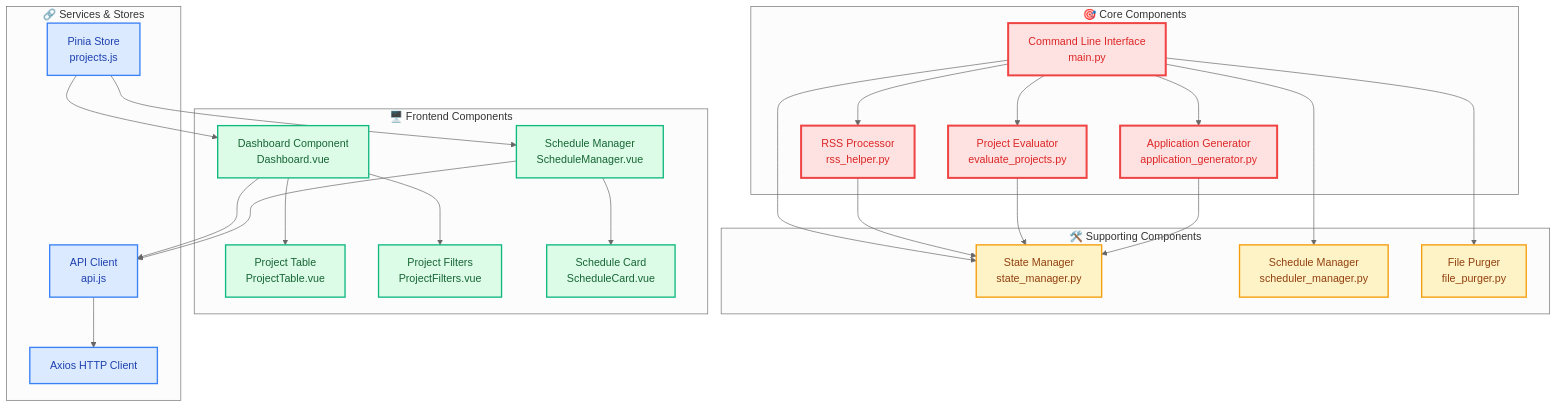
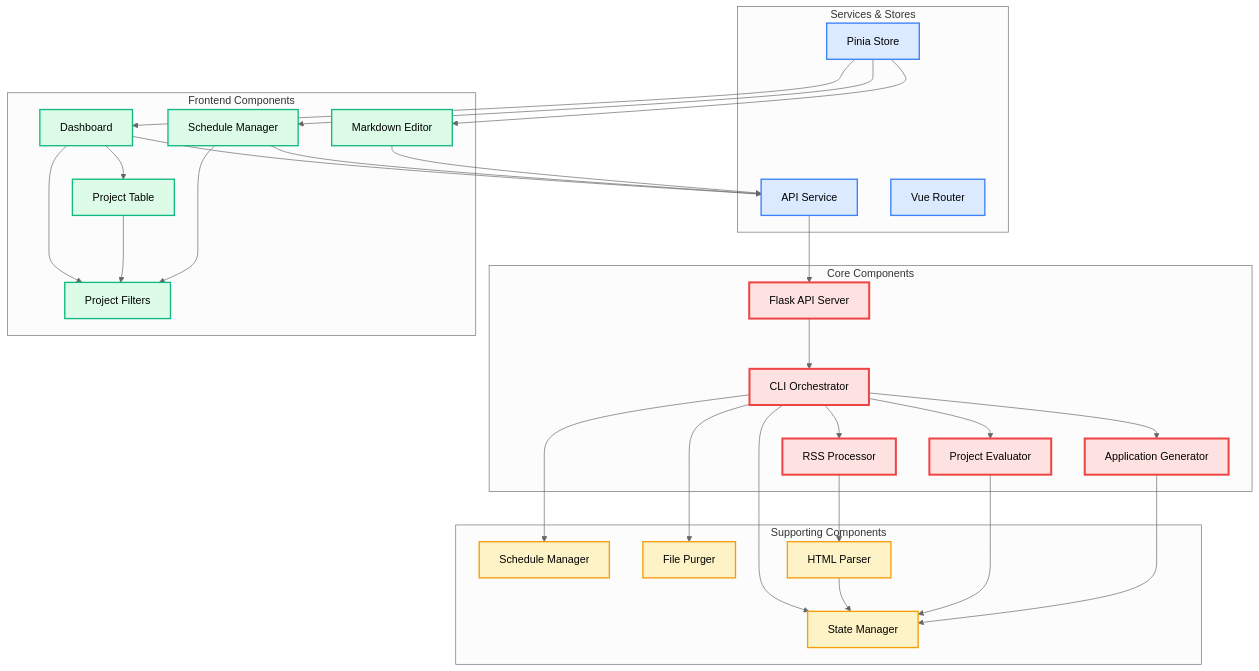
The second of 6 diagrams in architecture.md (andreaswittmann/project-bot), drawn with Mermaid (neutral theme) before and after one commit. The commit also changed other lines of this file and 1 other file, not shown here.

Commit message:
Update documentation: fix Mermaid Component Diagram parsing error, correct project structure for Vue.js frontend and Flask backend, remove undocumented export feature, enhance installation/usage instructions

````diff
--- a/architecture.md
+++ b/architecture.md
@@ -83,62 +93,69 @@
 ```mermaid
 graph TB
     %% Define styles
-    classDef core fill:#fee2e2,stroke:#ef4444,stroke-width:3px,color:#dc2626
-    classDef supporting fill:#fef3c7,stroke:#f59e0b,stroke-width:2px,color:#92400e
-    classDef frontend fill:#dcfce7,stroke:#10b981,stroke-width:2px,color:#166534
-    classDef services fill:#dbeafe,stroke:#3b82f6,stroke-width:2px,color:#1e40af
+    classDef core fill:#fee2e2,stroke:#ef4444,stroke-width:3px
+    classDef supporting fill:#fef3c7,stroke:#f59e0b,stroke-width:2px
+    classDef frontend fill:#dcfce7,stroke:#10b981,stroke-width:2px
+    classDef services fill:#dbeafe,stroke:#3b82f6,stroke-width:2px
 
-    subgraph "🎯 Core Components"
-        CLI[Command Line Interface<br/>main.py]
-        RSSProcessor[RSS Processor<br/>rss_helper.py]
-        ProjectEvaluator[Project Evaluator<br/>evaluate_projects.py]
-        AppGenerator[Application Generator<br/>application_generator.py]
+    subgraph "Core Components"
+        Server[Flask API Server]
+        CLI[CLI Orchestrator]
+        RSSProc[RSS Processor]
+        ProjEval[Project Evaluator]
+        AppGen[Application Generator]
     end
 
-    subgraph "🛠️ Supporting Components"
-        StateManager[State Manager<br/>state_manager.py]
-        ScheduleManager[Schedule Manager<br/>scheduler_manager.py]
-        FilePurger[File Purger<br/>file_purger.py]
+    subgraph "Supporting Components"
+        StateMgr[State Manager]
+        SchedMgr[Schedule Manager]
+        FilePurg[File Purger]
+        HTMLPars[HTML Parser]
     end
 
-    subgraph "🖥️ Frontend Components"
-        DashboardComp[Dashboard Component<br/>Dashboard.vue]
-        ScheduleComp[Schedule Manager<br/>ScheduleManager.vue]
-        ProjectTable[Project Table<br/>ProjectTable.vue]
-        ProjectFilters[Project Filters<br/>ProjectFilters.vue]
-        ScheduleCard[Schedule Card<br/>ScheduleCard.vue]
+    subgraph "Frontend Components"
+        Dash[Dashboard]
+        SchedComp[Schedule Manager]
+        MarkEd[Markdown Editor]
+        ProjTab[Project Table]
+        ProjFilt[Project Filters]
     end
 
-    subgraph "🔗 Services & Stores"
-        APIClient[API Client<br/>api.js]
-        PiniaStore[Pinia Store<br/>projects.js]
-        AxiosClient[Axios HTTP Client]
+    subgraph "Services & Stores"
+        API[API Service]
+        Store[Pinia Store]
+        Router[Vue Router]
     end
 
-    CLI --> RSSProcessor
-    CLI --> ProjectEvaluator
-    CLI --> AppGenerator
-    CLI --> StateManager
-    CLI --> ScheduleManager
-    CLI --> FilePurger
+    Server --> CLI
+    CLI --> RSSProc
+    CLI --> ProjEval
+    CLI --> AppGen
+    CLI --> StateMgr
+    CLI --> SchedMgr
+    CLI --> FilePurg
 
-    RSSProcessor --> StateManager
-    ProjectEvaluator --> StateManager
-    AppGenerator --> StateManager
+    RSSProc --> HTMLPars
+    HTMLPars --> StateMgr
+    ProjEval --> StateMgr
+    AppGen --> StateMgr
 
-    DashboardComp --> APIClient
-    ScheduleComp --> APIClient
-    APIClient --> AxiosClient
-    PiniaStore --> DashboardComp
-    PiniaStore --> ScheduleComp
+    Dash --> API
+    SchedComp --> API
+    MarkEd --> API
+    API --> Server
+    Store --> Dash
+    Store --> SchedComp
+    Store --> MarkEd
 
-    DashboardComp --> ProjectTable
-    DashboardComp --> ProjectFilters
-    ScheduleComp --> ScheduleCard
+    Dash --> ProjTab
+    Dash --> ProjFilt
+    ProjTab --> ProjFilt
+    SchedComp --> ProjFilt
 
     %% Apply styles
-    class CLI,RSSProcessor,ProjectEvaluator,AppGenerator core
-    class StateManager,ScheduleManager,FilePurger supporting
-    class DashboardComp,ScheduleComp,ProjectTable,ProjectFilters,ScheduleCard frontend
-    class APIClient,PiniaStore,AxiosClient services
+    class Server,CLI,RSSProc,ProjEval,AppGen core
+    class StateMgr,SchedMgr,FilePurg,HTMLPars supporting
+    class Dash,SchedComp,MarkEd,ProjTab,ProjFilt frontend
+    class API,Store,Router services
 ```
````
